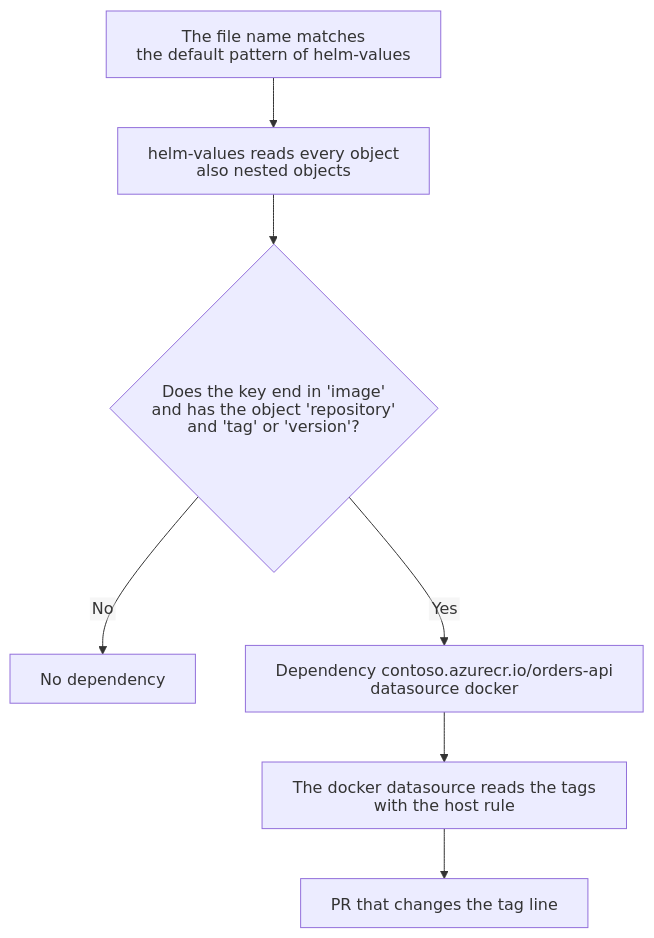
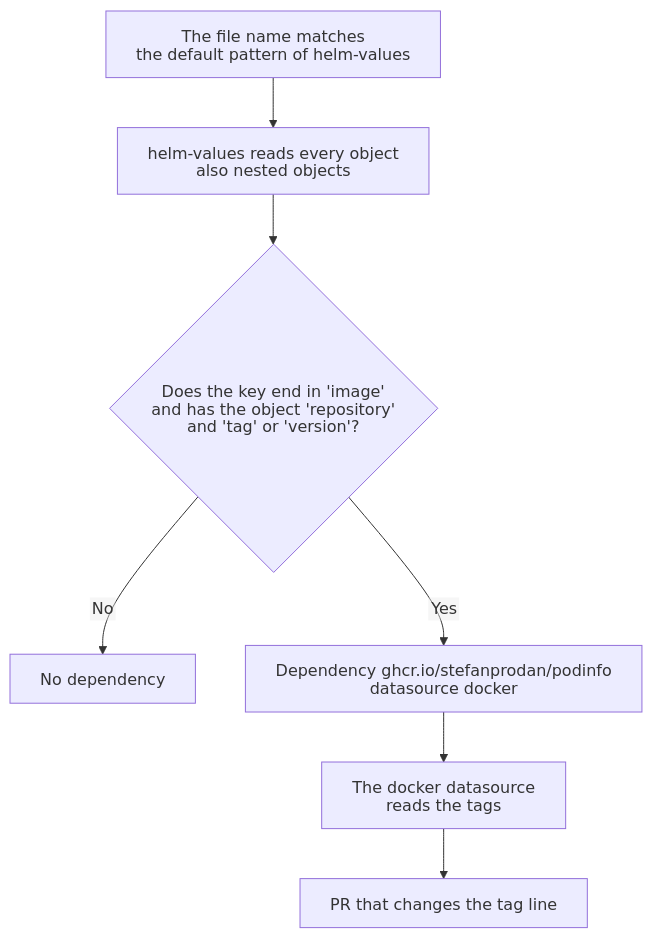
One commit to Susling/renovate-talk-examples changed the diagram in features/09-helm-and-infrastructure/03-helm-values-images/README.md. Above: the diagram before and after it, drawn with Mermaid. The commit also changed other lines of this file and 19 other files, not shown here.

````diff
--- a/features/09-helm-and-infrastructure/03-helm-values-images/README.md
+++ b/features/09-helm-and-infrastructure/03-helm-values-images/README.md
@@ -13,14 +13,14 @@
 ```mermaid
 %%{init: {"htmlLabels": false, "flowchart": {"htmlLabels": false, "wrappingWidth": 400}}}%%
 flowchart TD
     A["The file name matches<br/>the default pattern of helm-values"]
     B["helm-values reads every object<br/>also nested objects"]
     C{"Does the key end in 'image'<br/>and has the object 'repository'<br/>and 'tag' or 'version'?"}
     D["No dependency"]
-    E["Dependency contoso.azurecr.io/orders-api<br/>datasource docker"]
-    F["The docker datasource reads the tags<br/>with the host rule"]
+    E["Dependency ghcr.io/stefanprodan/podinfo<br/>datasource docker"]
+    F["The docker datasource<br/>reads the tags"]
     G["PR that changes the tag line"]
     A --> B --> C
     C -->|No| D
     C -->|Yes| E --> F --> G
 ```
````
